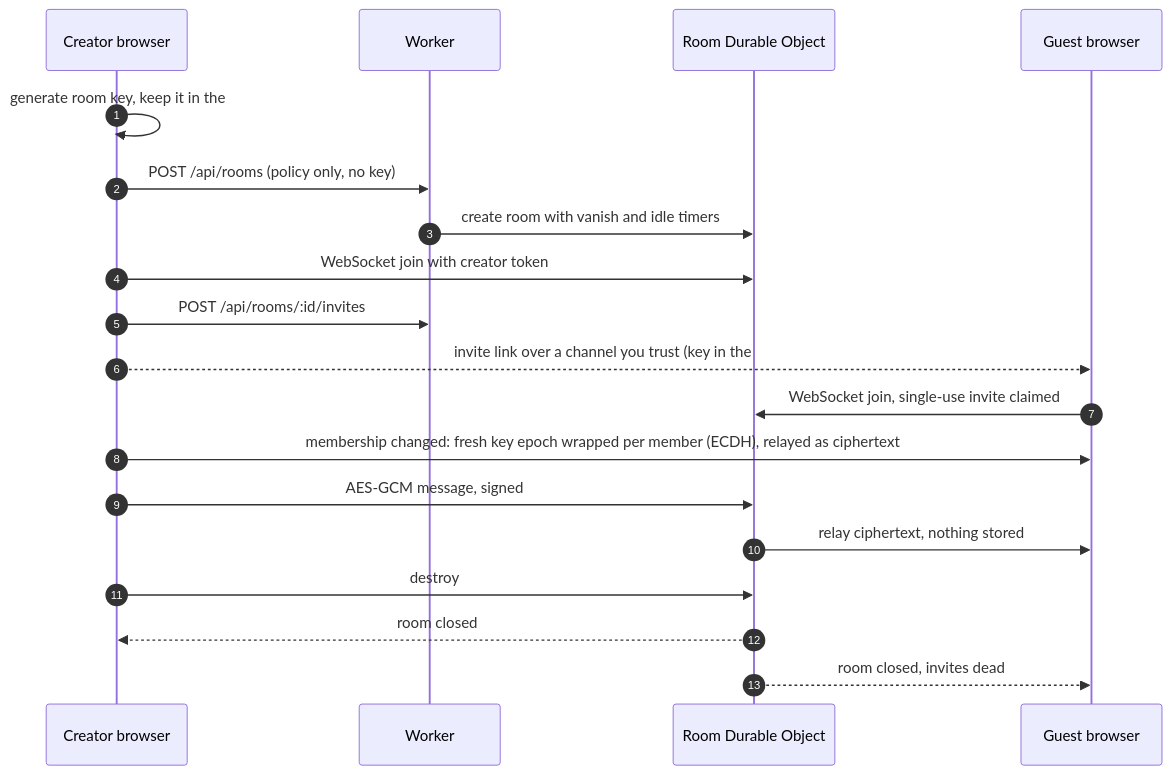
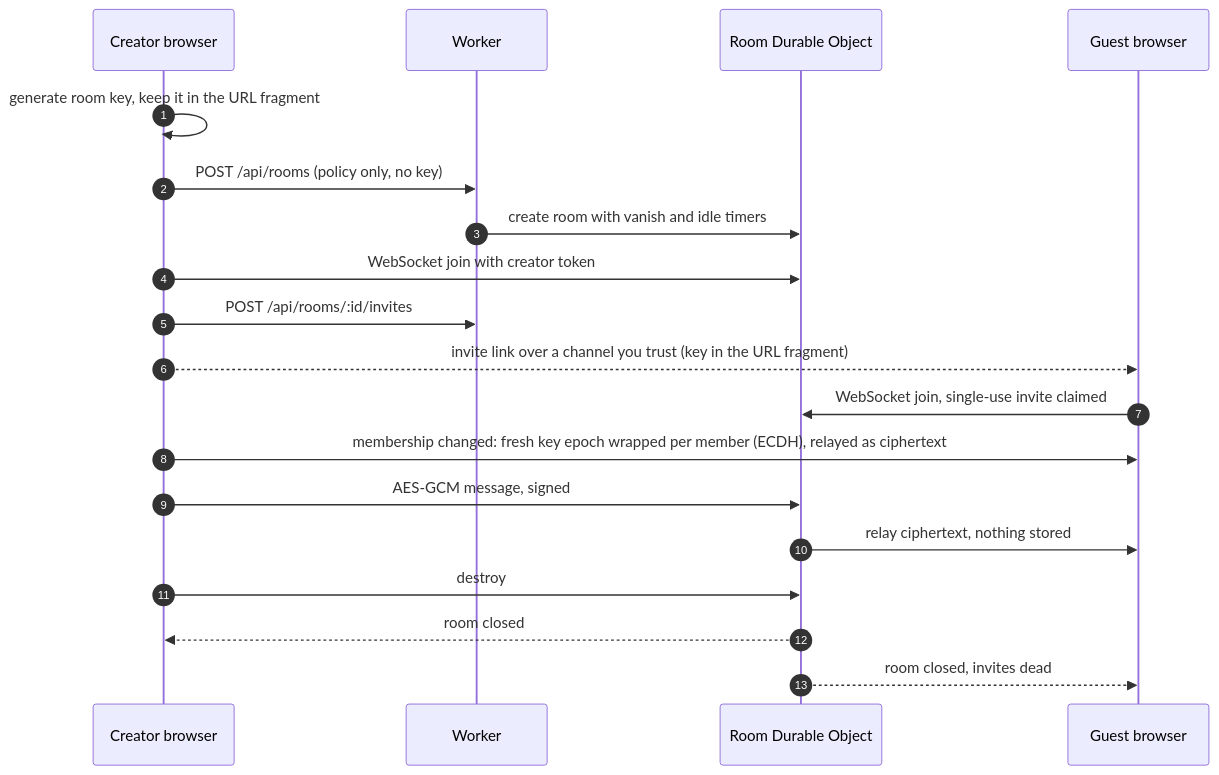
One commit to h1n054ur/elm-chat changed the first of 2 diagrams in README.md. Above: the diagram before and after it, drawn with Mermaid.

Commit message:
docs(readme): avoid # in Mermaid labels (GitHub truncates them)

````diff
--- a/README.md
+++ b/README.md
@@ -58,21 +58,21 @@
 ```mermaid
 sequenceDiagram
   autonumber
   participant A as Creator browser
   participant W as Worker
   participant R as Room Durable Object
   participant B as Guest browser
-  A->>A: generate room key, keep it in the #fragment
+  A->>A: generate room key, keep it in the URL fragment
   A->>W: POST /api/rooms (policy only, no key)
   W->>R: create room with vanish and idle timers
   A->>R: WebSocket join with creator token
   A->>W: POST /api/rooms/:id/invites
-  A-->>B: invite link over a channel you trust (key in the #fragment)
+  A-->>B: invite link over a channel you trust (key in the URL fragment)
   B->>R: WebSocket join, single-use invite claimed
   A->>B: membership changed: fresh key epoch wrapped per member (ECDH), relayed as ciphertext
   A->>R: AES-GCM message, signed
   R->>B: relay ciphertext, nothing stored
   A->>R: destroy
   R-->>A: room closed
   R-->>B: room closed, invites dead
 ```
````
